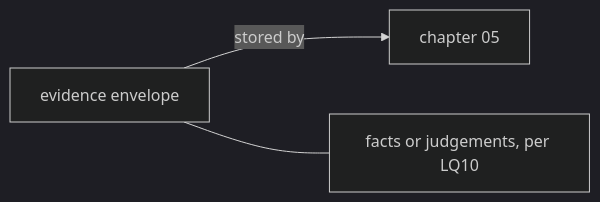
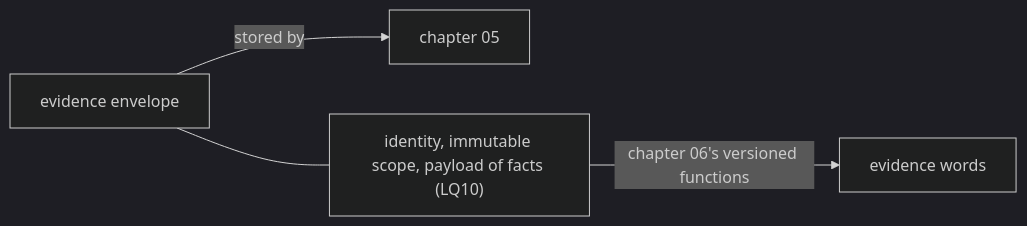
Before and after one commit to KonomiYuzu01/Magic-600-Cell: the diagram in docs/progress/1.0/glossary/diagrams/evidence-envelope.mmd, drawn with Mermaid (dark theme). The commit also changed 78 other files, not shown here.

```diff
--- a/docs/progress/1.0/glossary/diagrams/evidence-envelope.mmd
+++ b/docs/progress/1.0/glossary/diagrams/evidence-envelope.mmd
@@ -1,3 +1,4 @@
 flowchart LR
   E[evidence envelope] -->|stored by| Ch5[chapter 05]
-  E --- F[facts or judgements, per LQ10]
+  E --- F["identity, immutable scope, payload of facts (LQ10)"]
+  F -->|chapter 06's versioned functions| W[evidence words]
```
